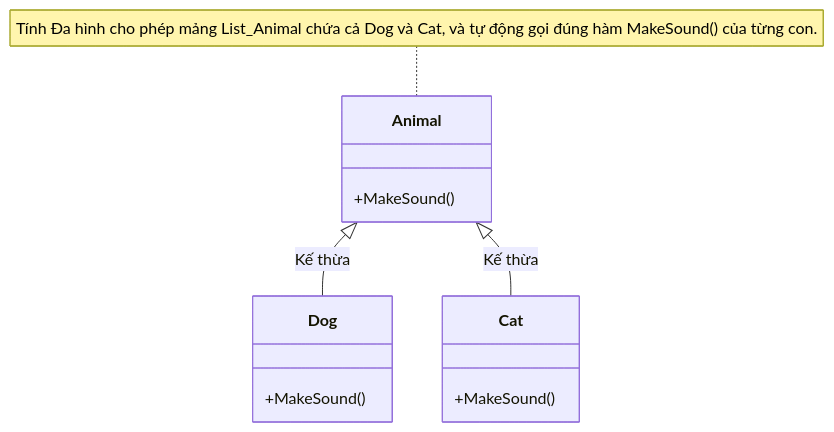
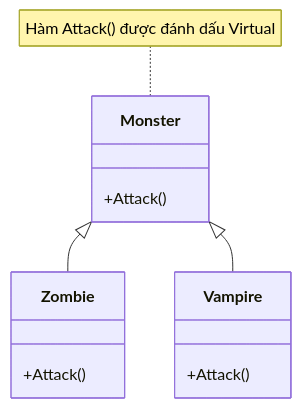
The diagram in frontend/src/features/docs/content/oop/polymorphism.md (maitieubao/VisualizationDSA), drawn with Mermaid before and after one commit. The commit also changed other lines of this file and 823 other files, not shown here.

First line of the commit message:
feat: Sprint 3 hoàn tất - Classroom, Codelabs, Theory Articles, Graph search viz + redesign QuickSort/MergeSort visualizers

````diff
--- a/frontend/src/features/docs/content/oop/polymorphism.md
+++ b/frontend/src/features/docs/content/oop/polymorphism.md
@@ -92,17 +61,16 @@
 ```mermaid
 classDiagram
-    class Animal {
-        +MakeSound()
+    class Monster {
+        +Attack()
     }
-    class Dog {
-        +MakeSound()
+    class Zombie {
+        +Attack()
     }
-    class Cat {
-        +MakeSound()
+    class Vampire {
+        +Attack()
     }
     
-    Animal <|-- Dog : Kế thừa
-    Animal <|-- Cat : Kế thừa
-    
-    note for Animal "Tính Đa hình cho phép mảng List_Animal chứa cả Dog và Cat, và tự động gọi đúng hàm MakeSound() của từng con."
+    Monster <|-- Zombie
+    Monster <|-- Vampire
+    note for Monster "Hàm Attack() được đánh dấu Virtual"
 ```
````
